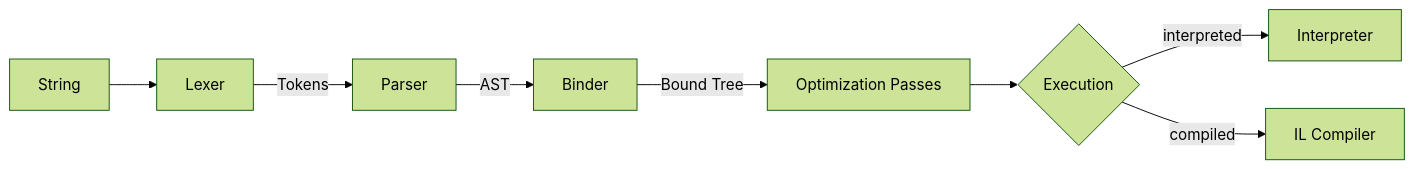
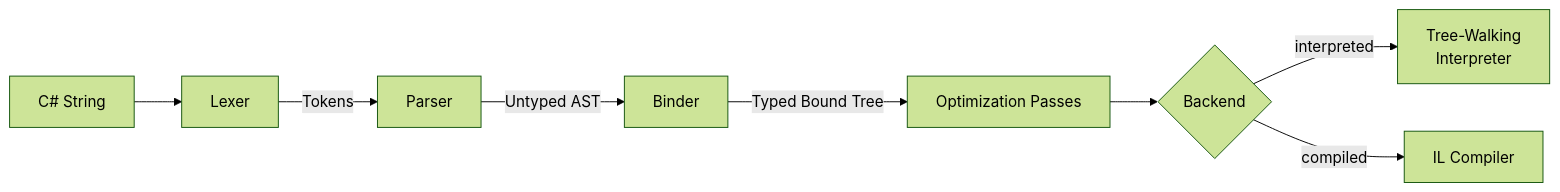
Before and after one commit to MartiSilvio/Alder: the diagram in docs/architecture/index.md, drawn with Mermaid (forest theme). The commit also changed other lines of this file and 117 other files, not shown here.

````diff
--- a/docs/architecture/index.md
+++ b/docs/architecture/index.md
@@ -12,10 +14,10 @@
 ```mermaid
 graph LR
-    S["String"] --> L["Lexer"]
+    S["C# String"] --> L["Lexer"]
     L -->|"Tokens"| P["Parser"]
-    P -->|"AST"| B["Binder"]
-    B -->|"Bound Tree"| PP["Optimization Passes"]
-    PP --> E{"Execution"}
-    E -->|"interpreted"| I["Interpreter"]
+    P -->|"Untyped AST"| B["Binder"]
+    B -->|"Typed Bound Tree"| PP["Optimization Passes"]
+    PP --> E{"Backend"}
+    E -->|"interpreted"| I["Tree-Walking<br/>Interpreter"]
     E -->|"compiled"| C["IL Compiler"]
 ```
````
